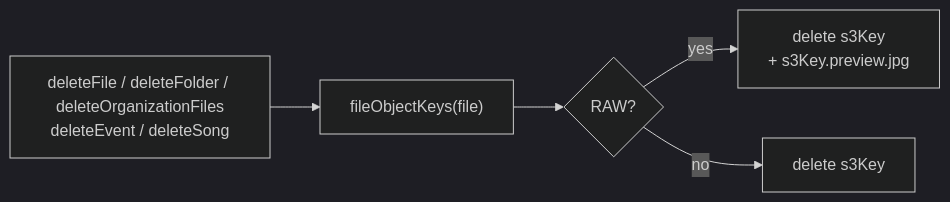
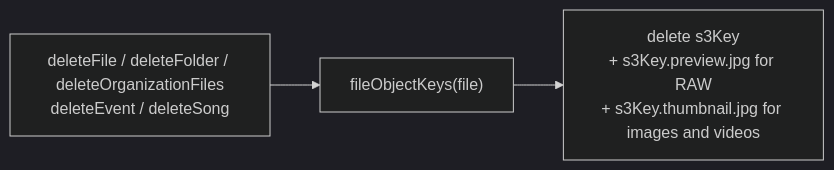
The third of 3 diagrams in packages/modules/src/drive/README.md (FaXaq/echo), drawn with Mermaid (dark theme) before and after one commit. The commit also changed other lines of this file and 58 other files, not shown here.

````diff
--- a/packages/modules/src/drive/README.md
+++ b/packages/modules/src/drive/README.md
@@ -74,7 +86,5 @@
 ```mermaid
 flowchart LR
     A["deleteFile / deleteFolder / deleteOrganizationFiles<br/>deleteEvent / deleteSong"] --> B["fileObjectKeys(file)"]
-    B --> C{"RAW?"}
-    C -- yes --> D["delete s3Key<br/>+ s3Key.preview.jpg"]
-    C -- no --> E["delete s3Key"]
+    B --> C["delete s3Key<br/>+ s3Key.preview.jpg for RAW<br/>+ s3Key.thumbnail.jpg for images and videos"]
 ```
````
